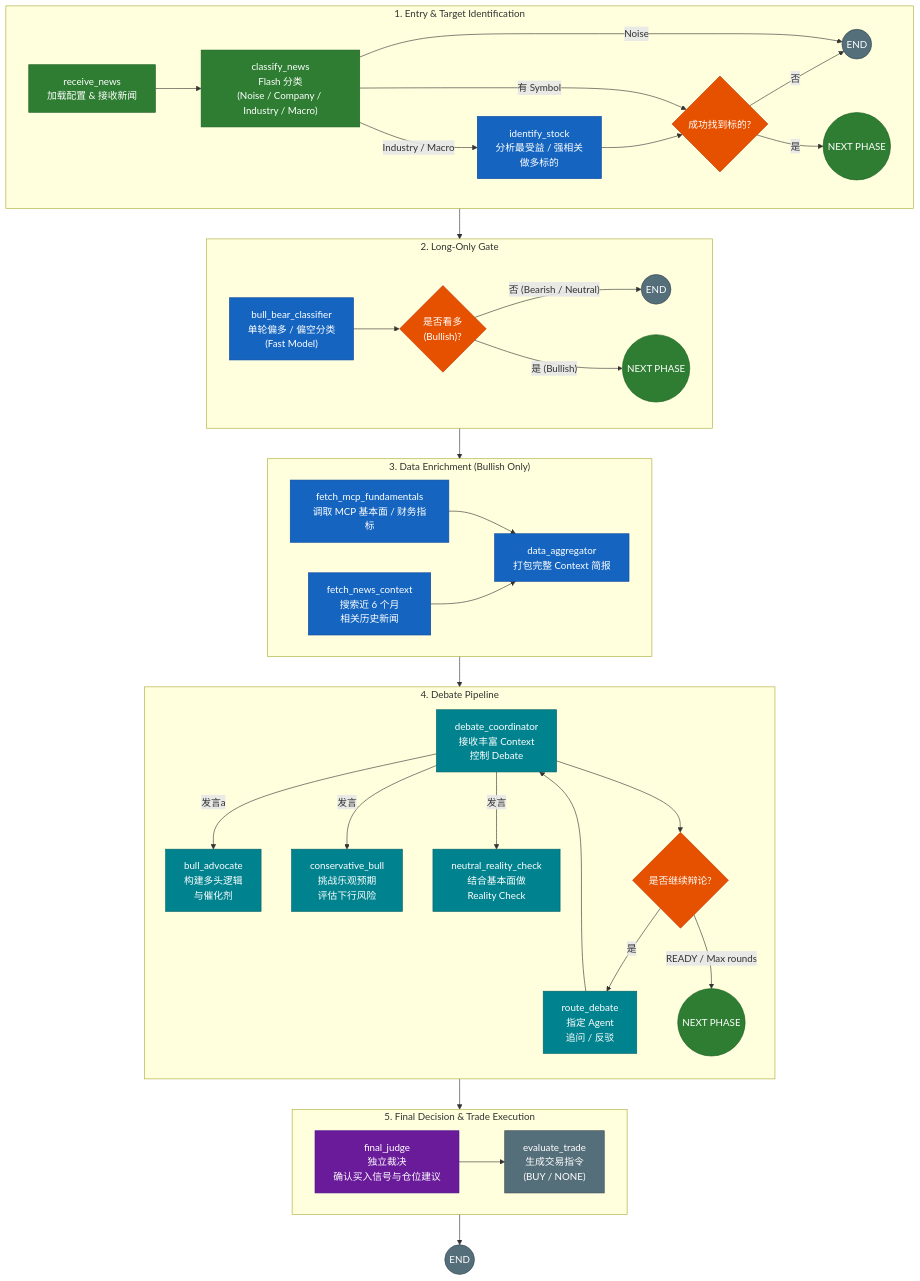
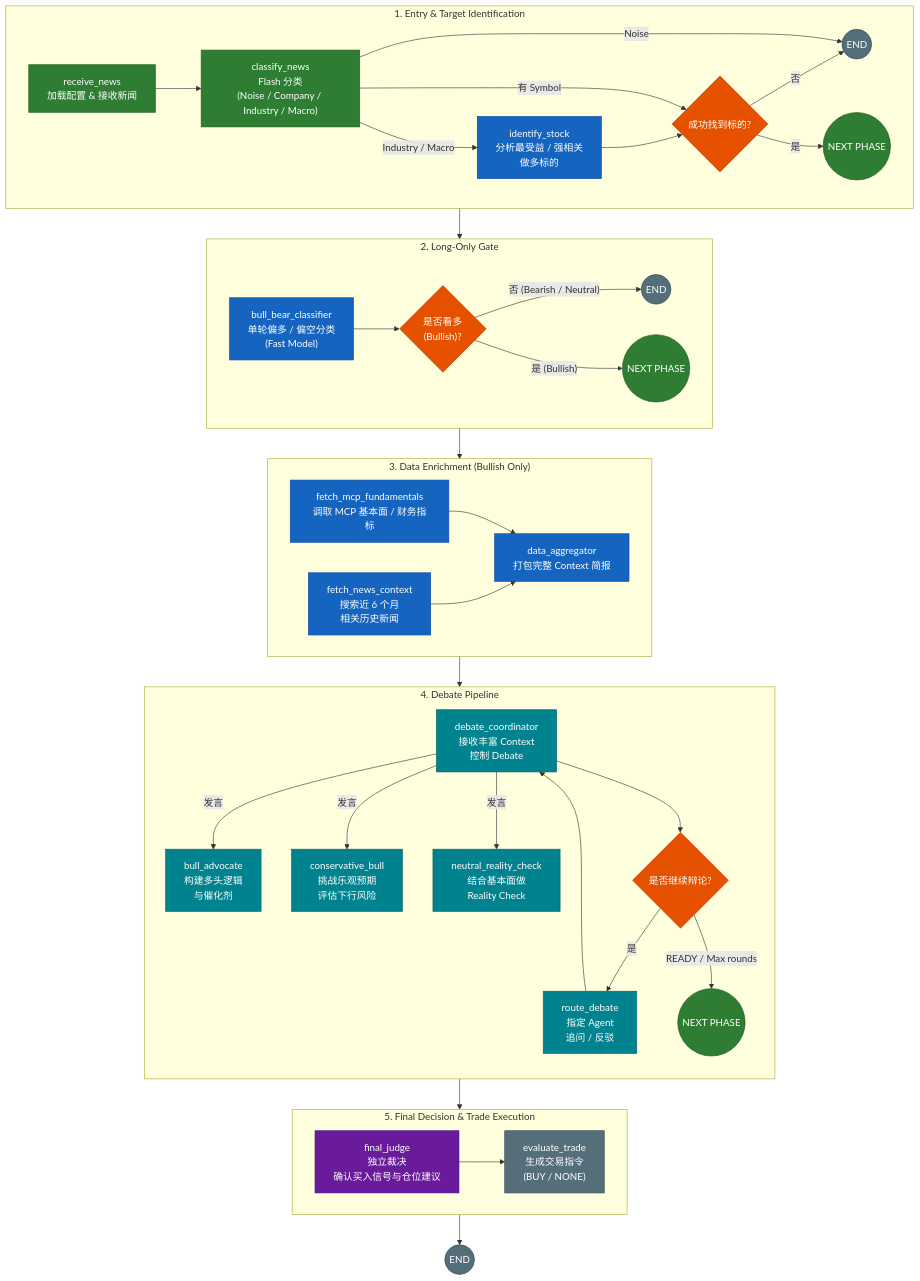
One commit to wayming/stock_trading_agent changed the diagram in backend/analysis_workflow/GRAPH_FLOW.md. Above: the diagram before and after it, drawn with Mermaid. The commit also changed other lines of this file, not shown here.

Commit message:
flow edit

````diff
--- a/backend/analysis_workflow/GRAPH_FLOW.md
+++ b/backend/analysis_workflow/GRAPH_FLOW.md
@@ -4,113 +32,155 @@
 ```mermaid
 %%{init: {"flowchart": {"defaultRenderer": "elk"}}, "themeVariables": {"fontSize": "15px"}}}%%
+
 flowchart TB
 
     %% ═══════════════ Styles ═══════════════
 
     classDef entry fill:#2e7d32,color:#fff,stroke:#1b5e20
+
     classDef router fill:#e65100,color:#fff,stroke:#bf360c
+
     classDef analysis fill:#1565c0,color:#fff,stroke:#0d47a1
+
     classDef debate fill:#00838f,color:#fff,stroke:#006064
+
     classDef judge fill:#6a1b9a,color:#fff,stroke:#4a148c
+
     classDef terminal fill:#546e7a,color:#fff,stroke:#37474f
-    classDef skip fill:#c62828,color:#fff,stroke:#b71c1c 
+
+    classDef skip fill:#c62828,color:#fff,stroke:#b71c1c
 
     %% ═══════════════ 1. Entry & Identification ═══════════════
 
     subgraph A ["1. Entry & Target Identification"]
+
         direction LR
 
         receive_news["receive_news<br/>加载配置 & 接收新闻"]:::entry
+
         classify_news["classify_news<br/>Flash 分类<br/>(Noise / Company / Industry / Macro)"]:::entry
+
         identify_stock["identify_stock<br/>分析最受益 / 强相关<br/>做多标的"]:::analysis
+
         end1((END)):::terminal
+
         next1((NEXT PHASE)):::entry
+
         process_symbol_gate{"成功找到标的?"}:::router
+
         receive_news --> classify_news
 
         classify_news -- "Industry / Macro" --> identify_stock
+
         classify_news -- "Noise" --> end1
+
         classify_news -- "有 Symbol" --> process_symbol_gate
-        
+
         identify_stock --> process_symbol_gate
-    
+
         process_symbol_gate -- "否" --> end1
+
         process_symbol_gate -- "是" --> next1
 
     end
+
     A --> B
 
     %% ═══════════════ 2. Fast Screening Gate ═══════════════
 
     subgraph B ["2. Long-Only Gate"]
+
         direction LR
 
         bull_bear_classifier["bull_bear_classifier<br/>单轮偏多 / 偏空分类<br/>(Fast Model)"]:::analysis
+
         end2((END)):::terminal
+
         next2((NEXT PHASE)):::entry
+
         bullish_gate{"是否看多<br/>(Bullish)?"}:::router
 
         bull_bear_classifier --> bullish_gate
 
         bullish_gate -- "否 (Bearish / Neutral)" --> end2
+
         bullish_gate -- "是 (Bullish)" --> next2
+
     end
+
     B --> C
 
     %% ═══════════════ 3. Data Enrichment ═══════════════
 
     subgraph C ["3. Data Enrichment (Bullish Only)"]
+
         direction LR
 
         fetch_mcp_fundamentals["fetch_mcp_fundamentals<br/>调取 MCP 基本面 / 财务指标"]:::analysis
+
         fetch_news_context["fetch_news_context<br/>搜索近 6 个月<br/>相关历史新闻"]:::analysis
+
         data_aggregator["data_aggregator<br/>打包完整 Context 简报"]:::analysis
 
         fetch_mcp_fundamentals --> data_aggregator
+
         fetch_news_context --> data_aggregator
 
     end
+
     C --> D
 
     %% ═══════════════ 4. Multi-Agent Debate ═══════════════
 
     subgraph D ["4. Debate Pipeline"]
+
         direction TB
 
         debate_coordinator["debate_coordinator<br/>接收丰富 Context<br/>控制 Debate"]:::debate
 
         bull_advocate["bull_advocate<br/>构建多头逻辑<br/>与催化剂"]:::debate
+
         conservative_bull["conservative_bull<br/>挑战乐观预期<br/>评估下行风险"]:::debate
+
         neutral_reality_check["neutral_reality_check<br/>结合基本面做<br/>Reality Check"]:::debate
+
         route_debate_agents["route_debate<br/>指定 Agent<br/>追问 / 反驳"]:::debate
 
         continue_debate_gate{"是否继续辩论?"}:::router
+
         next4((NEXT PHASE)):::entry
 
-        debate_coordinator --"发言"a--> bull_advocate
-        debate_coordinator --"发言"--> conservative_bull
-        debate_coordinator --"发言"--> neutral_reality_check
+        debate_coordinator -- "发言" --> bull_advocate
+
+        debate_coordinator -- "发言" --> conservative_bull
+
+        debate_coordinator -- "发言" --> neutral_reality_check
 
         debate_coordinator --> continue_debate_gate
+
         continue_debate_gate -- "是" --> route_debate_agents
+
         continue_debate_gate -- "READY / Max rounds" --> next4
+
         route_debate_agents --> debate_coordinator
 
     end
+
     D --> E
 
     %% ═══════════════ 5. Final Decision ═══════════════
 
     subgraph E ["5. Final Decision & Trade Execution"]
+
         direction LR
 
         final_judge["final_judge<br/>独立裁决<br/>确认买入信号与仓位建议"]:::judge
+
         evaluate_trade["evaluate_trade<br/>生成交易指令<br/>(BUY / NONE)"]:::terminal
 
         final_judge --> evaluate_trade
 
     end
-    
+
     E --> END((END)):::terminal
-  
 ```
````
